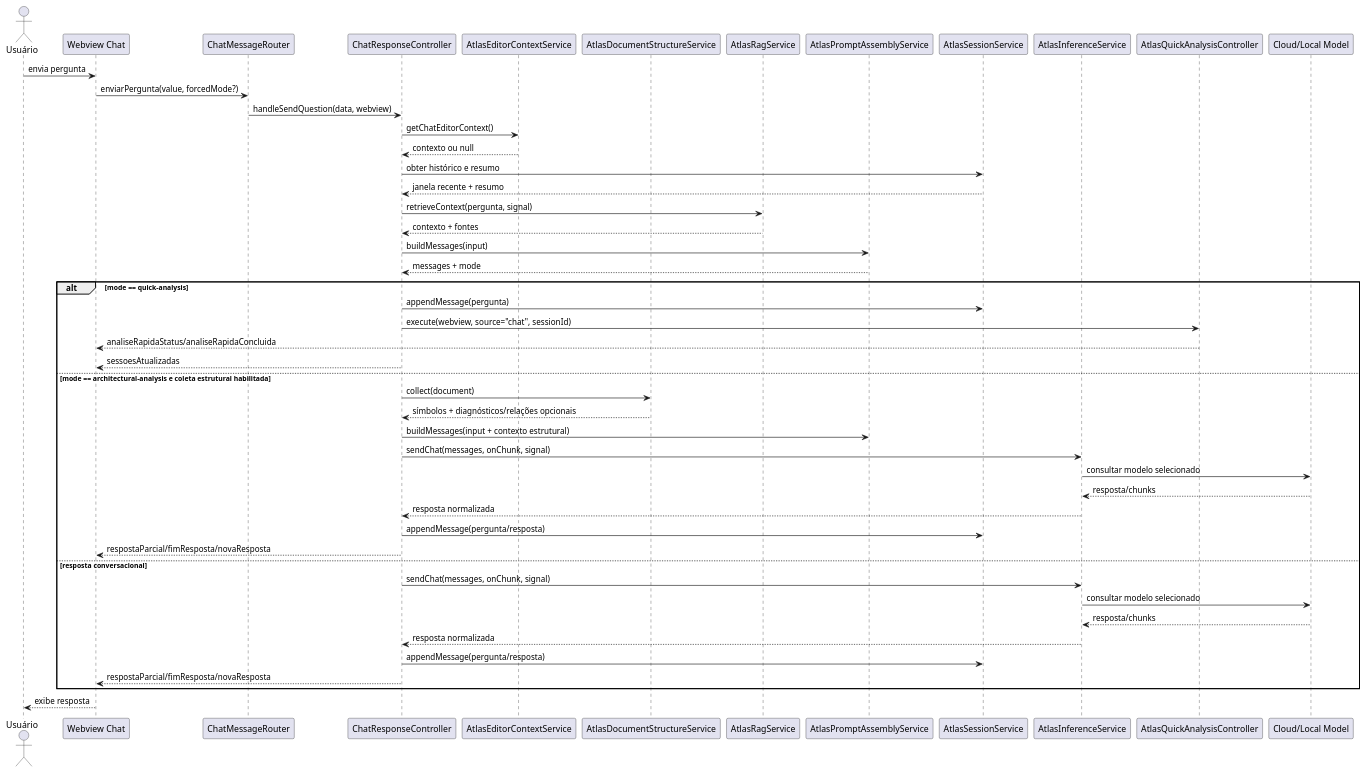
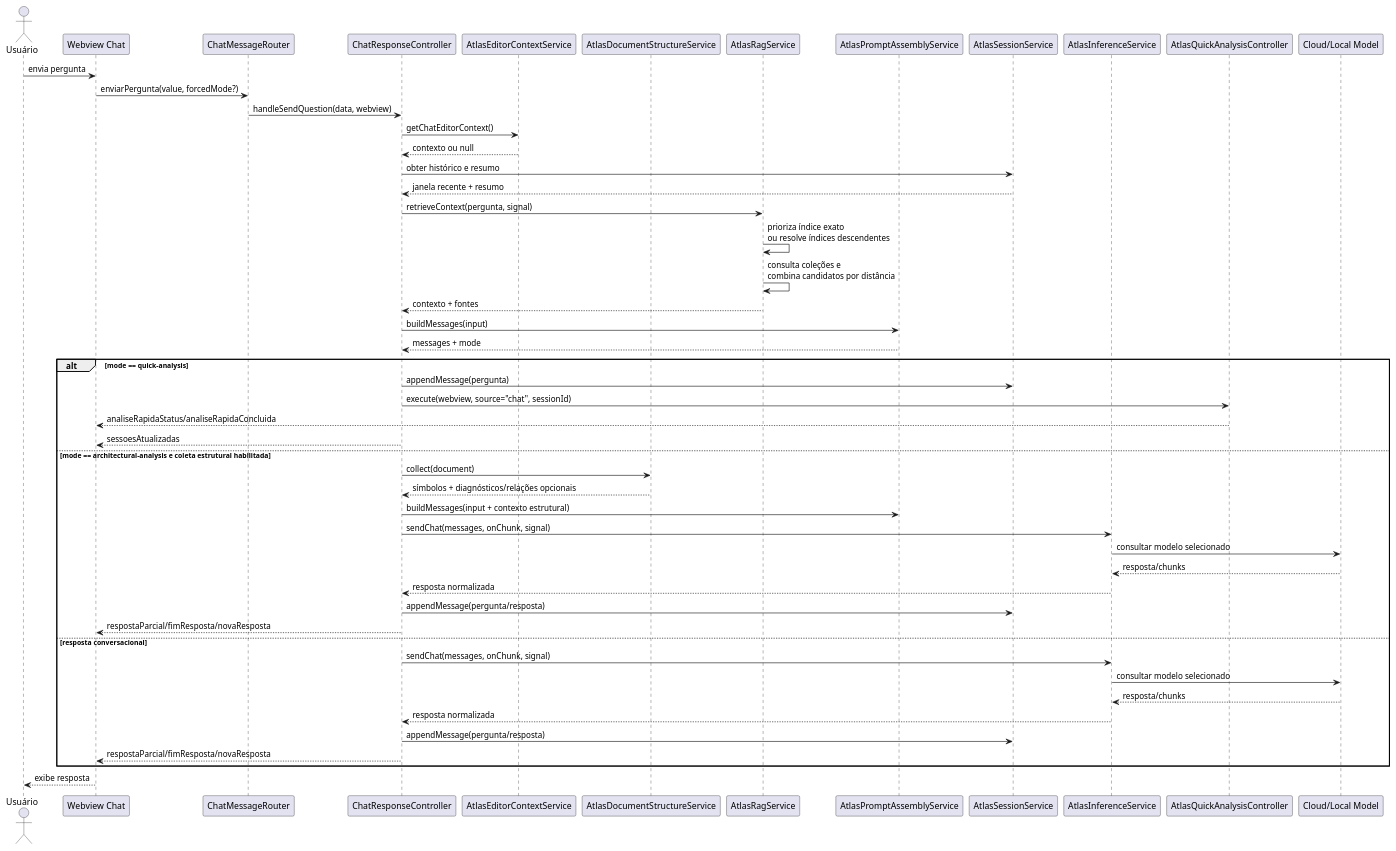
The second of 41 diagrams in docs/plantuml-diagramas-por-caso-de-uso-atlas.md (JVictorVI/ATLAS), drawn with PlantUML before and after one commit. The commit also changed other lines of this file and 34 other files, not shown here.

````diff
--- a/docs/plantuml-diagramas-por-caso-de-uso-atlas.md
+++ b/docs/plantuml-diagramas-por-caso-de-uso-atlas.md
@@ -75,53 +75,55 @@
 ```plantuml
 @startuml
 skinparam shadowing false
 actor Usuário
 participant "Webview Chat" as Webview
 participant ChatMessageRouter as Router
 participant ChatResponseController as Response
 participant AtlasEditorContextService as EditorContext
 participant AtlasDocumentStructureService as Structure
 participant AtlasRagService as RAG
 participant AtlasPromptAssemblyService as Prompt
 participant AtlasSessionService as Sessions
 participant AtlasInferenceService as Inference
 participant AtlasQuickAnalysisController as QuickController
 participant "Cloud/Local Model" as Model
 
 Usuário -> Webview : envia pergunta
 Webview -> Router : enviarPergunta(value, forcedMode?)
 Router -> Response : handleSendQuestion(data, webview)
 Response -> EditorContext : getChatEditorContext()
 EditorContext --> Response : contexto ou null
 Response -> Sessions : obter histórico e resumo
 Sessions --> Response : janela recente + resumo
 Response -> RAG : retrieveContext(pergunta, signal)
+RAG -> RAG : prioriza índice exato\nou resolve índices descendentes
+RAG -> RAG : consulta coleções e\ncombina candidatos por distância
 RAG --> Response : contexto + fontes
 Response -> Prompt : buildMessages(input)
 Prompt --> Response : messages + mode
 alt mode == quick-analysis
   Response -> Sessions : appendMessage(pergunta)
   Response -> QuickController : execute(webview, source="chat", sessionId)
   QuickController --> Webview : analiseRapidaStatus/analiseRapidaConcluida
   Response --> Webview : sessoesAtualizadas
 else mode == architectural-analysis e coleta estrutural habilitada
   Response -> Structure : collect(document)
   Structure --> Response : símbolos + diagnósticos/relações opcionais
   Response -> Prompt : buildMessages(input + contexto estrutural)
   Response -> Inference : sendChat(messages, onChunk, signal)
   Inference -> Model : consultar modelo selecionado
   Model --> Inference : resposta/chunks
   Inference --> Response : resposta normalizada
   Response -> Sessions : appendMessage(pergunta/resposta)
   Response --> Webview : respostaParcial/fimResposta/novaResposta
 else resposta conversacional
   Response -> Inference : sendChat(messages, onChunk, signal)
   Inference -> Model : consultar modelo selecionado
   Model --> Inference : resposta/chunks
   Inference --> Response : resposta normalizada
   Response -> Sessions : appendMessage(pergunta/resposta)
   Response --> Webview : respostaParcial/fimResposta/novaResposta
 end
 Webview --> Usuário : exibe resposta
 @enduml
 ```
````
